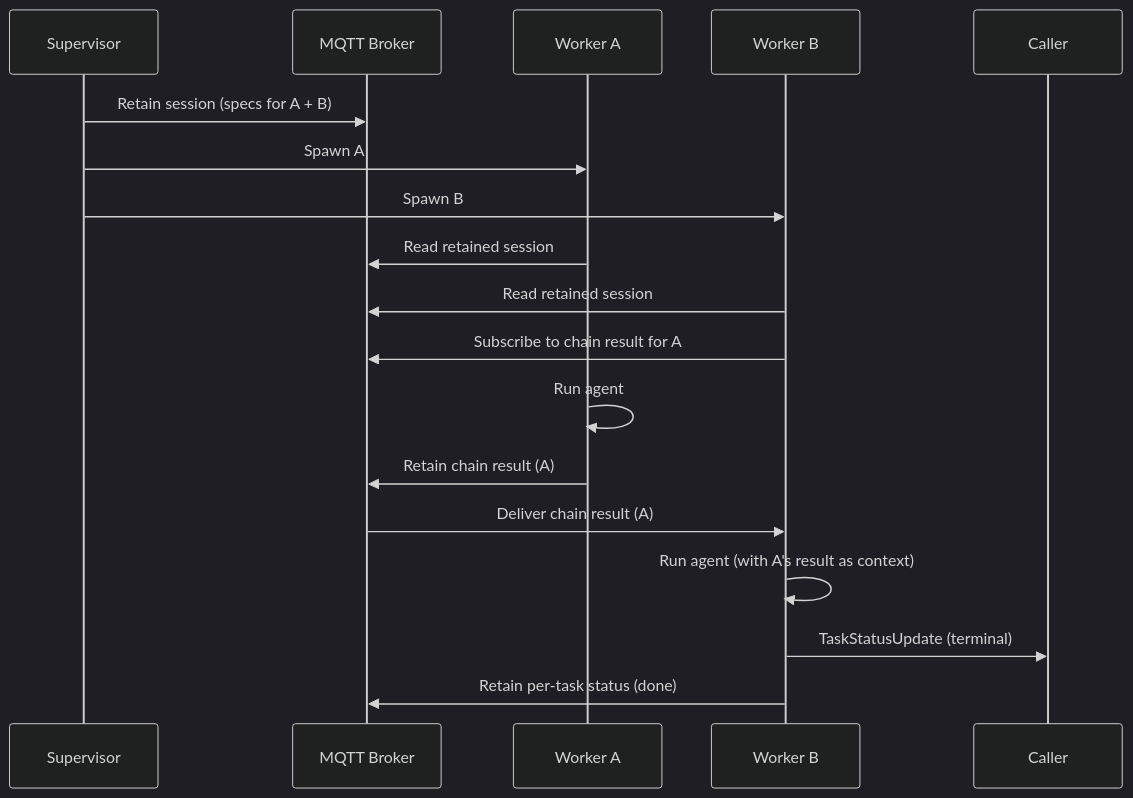
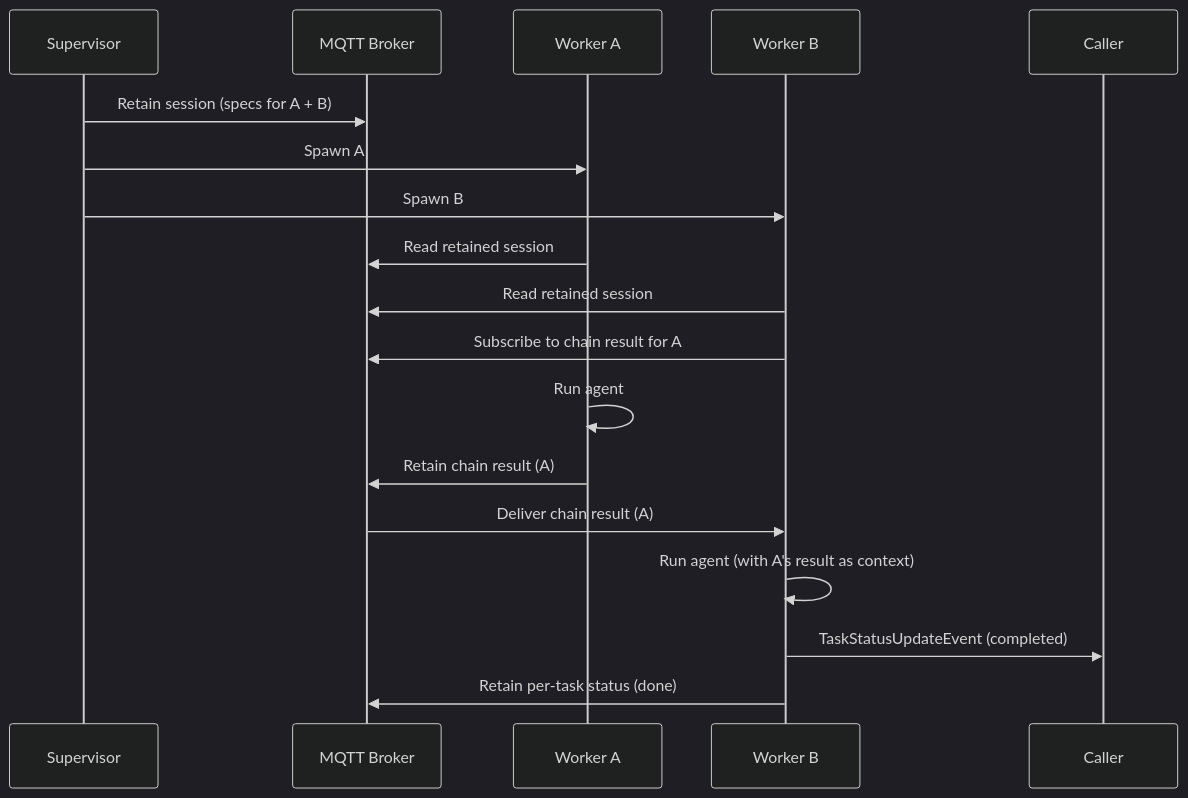
The second of 3 diagrams in docs/architecture.md (id/skitter), drawn with Mermaid (dark theme) before and after one commit. The commit also changed other lines of this file and 12 other files, not shown here.

````diff
--- a/docs/architecture.md
+++ b/docs/architecture.md
@@ -68,20 +68,20 @@
 ```mermaid
 sequenceDiagram
     participant S as Supervisor
     participant B as MQTT Broker
     participant W1 as Worker A
     participant W2 as Worker B
 
     S->>B: Retain session (specs for A + B)
     S->>W1: Spawn A
     S->>W2: Spawn B
     W1->>B: Read retained session
     W2->>B: Read retained session
     W2->>B: Subscribe to chain result for A
     W1->>W1: Run agent
     W1->>B: Retain chain result (A)
     B->>W2: Deliver chain result (A)
     W2->>W2: Run agent (with A's result as context)
-    W2->>Caller: TaskStatusUpdate (terminal)
+    W2->>Caller: TaskStatusUpdateEvent (completed)
     W2->>B: Retain per-task status (done)
 ```
````
